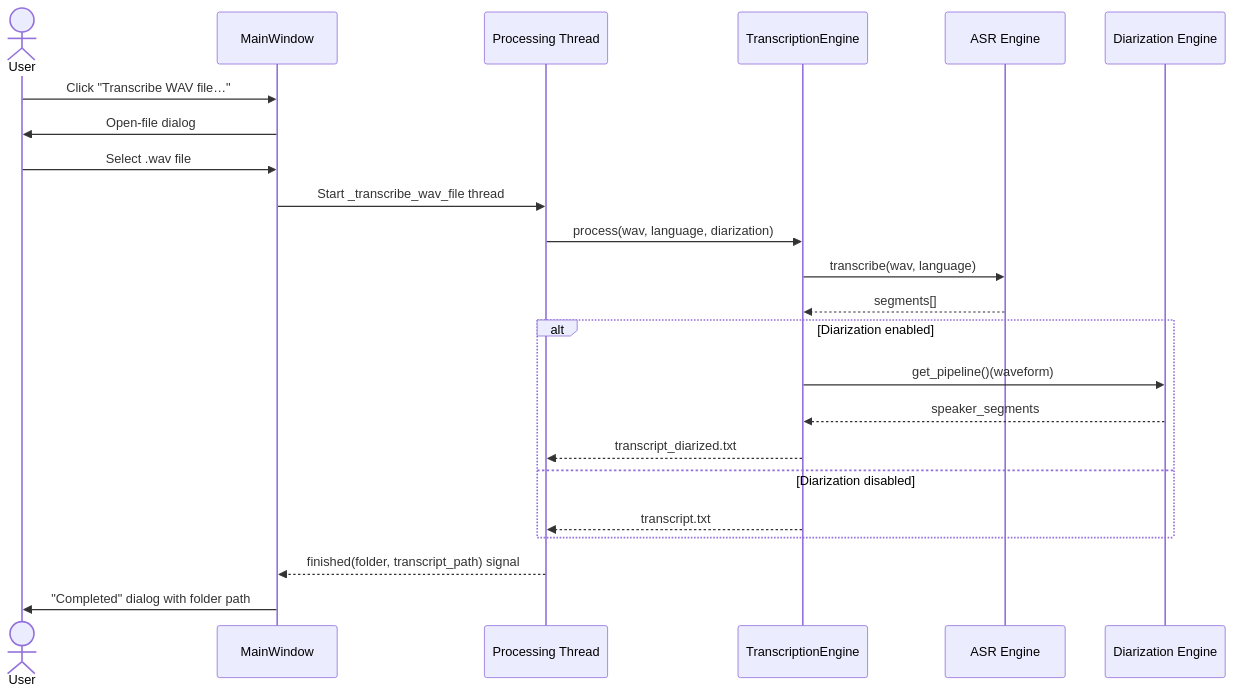
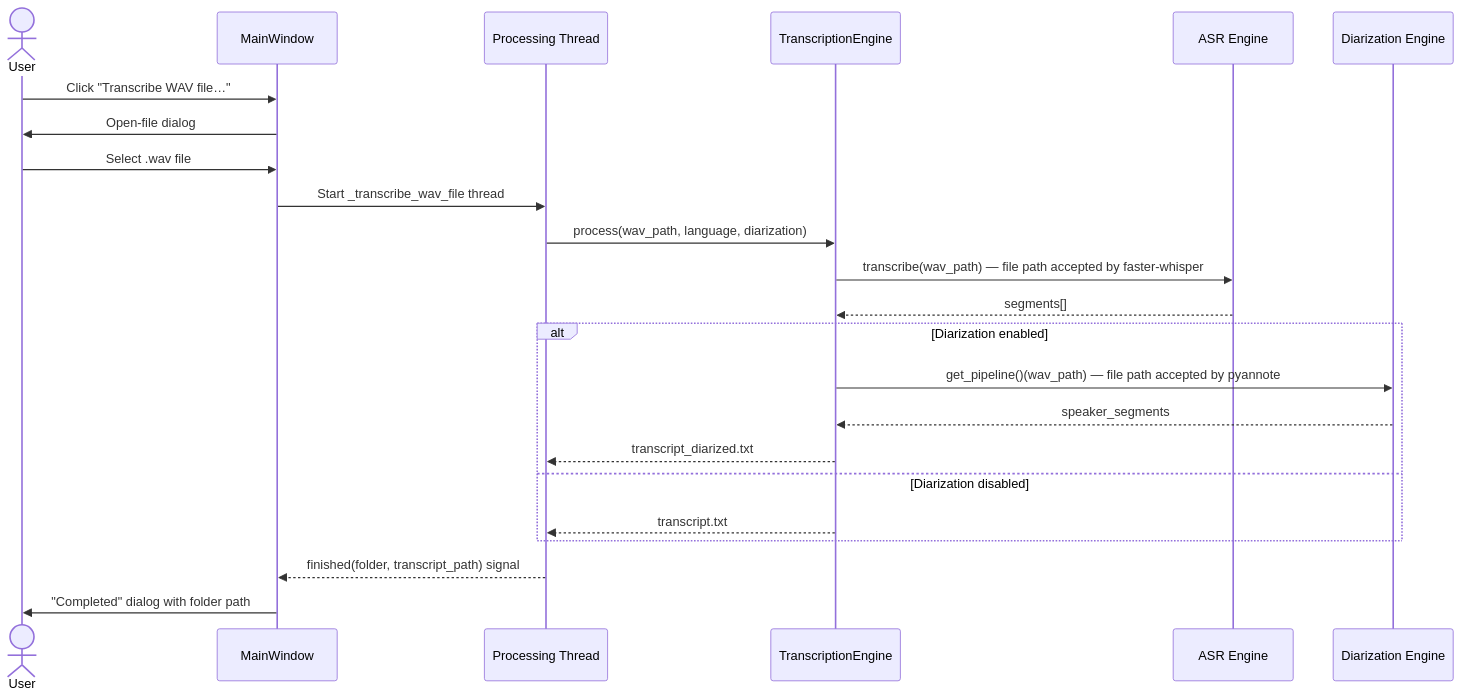
One commit to edoardomazzella/meeting-transcriber changed the sixth of 10 diagrams in docs/ARCHITECTURE.md. Above: the diagram before and after it, drawn with Mermaid. The commit also changed other lines of this file and 7 other files, not shown here.

````diff
--- a/docs/ARCHITECTURE.md
+++ b/docs/ARCHITECTURE.md
@@ -283,28 +289,28 @@
 ```mermaid
 sequenceDiagram
     actor User
     participant GUI as MainWindow
     participant BG as Processing Thread
     participant TE as TranscriptionEngine
     participant ASR as ASR Engine
     participant Dia as Diarization Engine
 
     User->>GUI: Click "Transcribe WAV file…"
     GUI->>User: Open-file dialog
     User->>GUI: Select .wav file
     GUI->>BG: Start _transcribe_wav_file thread
-    BG->>TE: process(wav, language, diarization)
-    TE->>ASR: transcribe(wav, language)
+    BG->>TE: process(wav_path, language, diarization)
+    TE->>ASR: transcribe(wav_path) — file path accepted by faster-whisper
     ASR-->>TE: segments[]
 
     alt Diarization enabled
-        TE->>Dia: get_pipeline()(waveform)
+        TE->>Dia: get_pipeline()(wav_path) — file path accepted by pyannote
         Dia-->>TE: speaker_segments
         TE-->>BG: transcript_diarized.txt
     else Diarization disabled
         TE-->>BG: transcript.txt
     end
 
     BG-->>GUI: finished(folder, transcript_path) signal
     GUI->>User: "Completed" dialog with folder path
 ```
````
